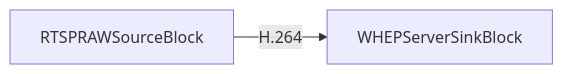
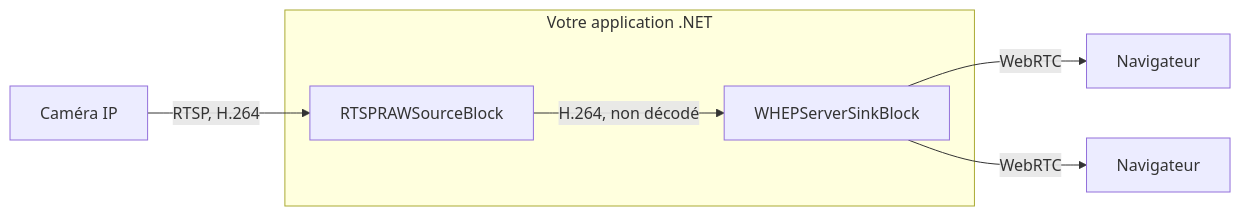
One commit to visioforge/help changed the first of 3 diagrams in dotnet/mediablocks/Guides/rtsp-cameras-in-browser-whep.fr.md. Above: the diagram before and after it, drawn with Mermaid. The commit also changed other lines of this file and 437 other files, not shown here.

````diff
--- a/dotnet/mediablocks/Guides/rtsp-cameras-in-browser-whep.fr.md
+++ b/dotnet/mediablocks/Guides/rtsp-cameras-in-browser-whep.fr.md
@@ -42,4 +46,9 @@
 ```mermaid
 graph LR;
-    RTSPRAWSourceBlock -- H.264 --> WHEPServerSinkBlock;
+    cam["Caméra IP"] -- "RTSP, H.264" --> RTSPRAWSourceBlock;
+    subgraph app ["Votre application .NET"]
+        RTSPRAWSourceBlock -- "H.264, non décodé" --> WHEPServerSinkBlock;
+    end
+    WHEPServerSinkBlock -- WebRTC --> b1["Navigateur"];
+    WHEPServerSinkBlock -- WebRTC --> b2["Navigateur"];
 ```
````
